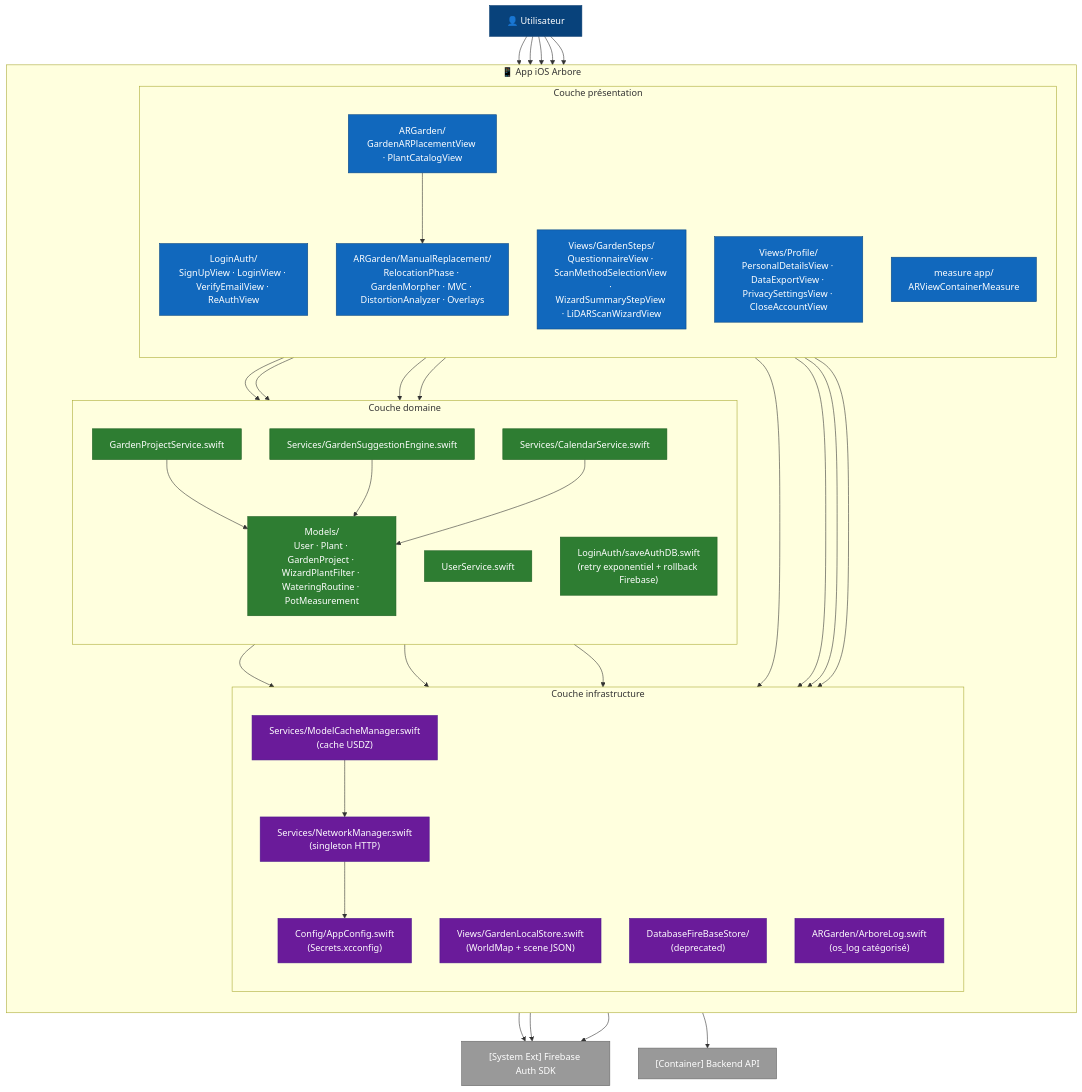
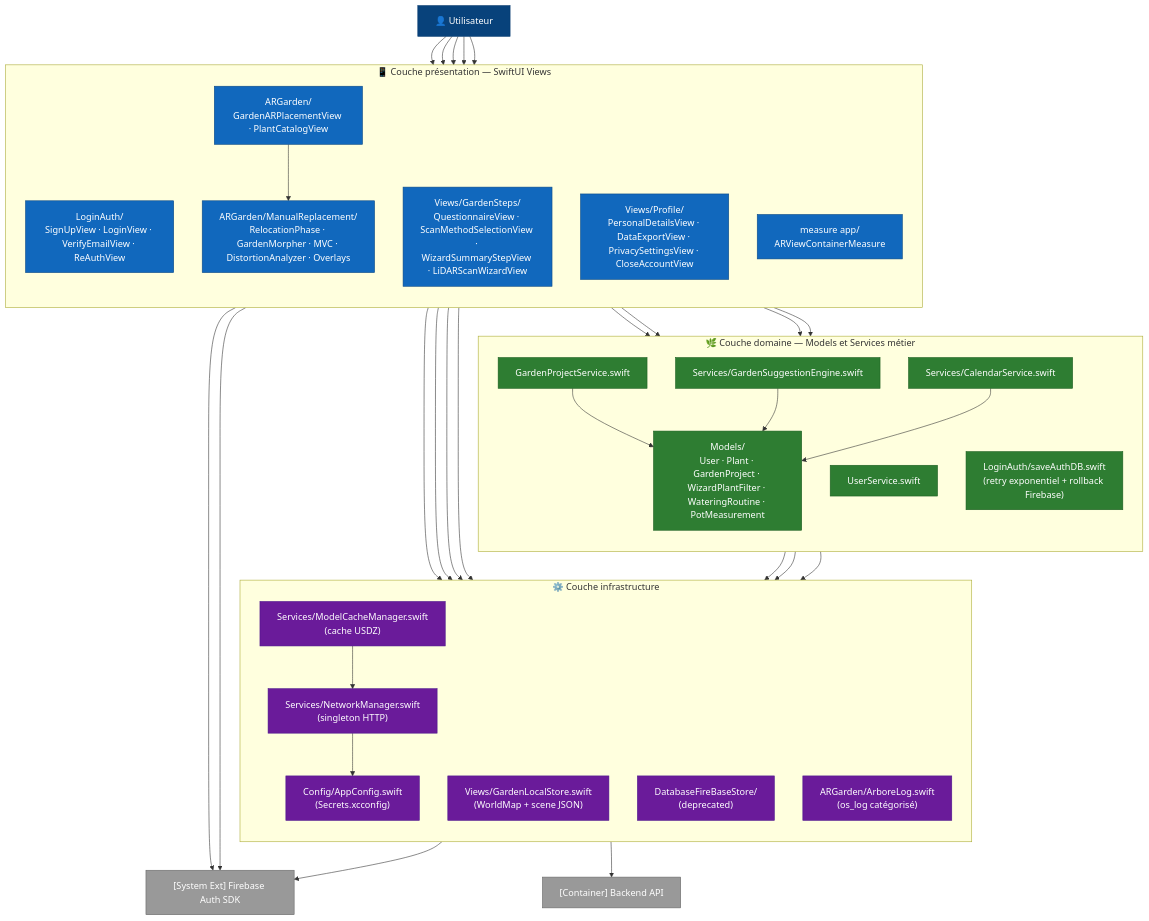
One commit to ArboreTeam/Arbore changed the diagram in docs/architecture/03-components-ios.md. Above: the diagram before and after it, drawn with Mermaid.

Commit message:
docs(ios): force vertical layer stacking via invisible edges
Mermaid ignore silencieusement le 'direction TB' d'un subgraph dès que
ses noeuds ont des liens vers l'extérieur (mermaid-js/mermaid#6438).
Conséquence dans la phase 2 : malgré 'direction TB' partout, les trois
subgraphs (UI, domaine, infra) étaient toujours posés côte à côte en
escalier au lieu d'être empilés verticalement.

Fix officiel documenté Mermaid : edges invisibles avec '~~~' entre les
subgraphs, qui contraignent l'ordre layout sans afficher de ligne. Voir
https://mermaid.js.org/syntax/flowchart.html (section invisible links).

Autre changement : suppression du wrapper 'ios' externe qui ajoutait
un niveau de subgraph nesting connu pour aggraver les problèmes de
layout. Le titre 'App iOS Arbore' était redondant avec le titre du
fichier de toute façon.

Resultat attendu : ui_layer en haut, domain_layer au milieu,
infra_layer en bas, externes (Firebase + Backend) tout en bas. Toutes
les flèches inter-modules préservées.

```diff
--- a/docs/architecture/03-components-ios.md
+++ b/docs/architecture/03-components-ios.md
@@ -12,43 +12,48 @@
 flowchart TB
     user["👤 Utilisateur"]
 
-    subgraph ios["📱 App iOS Arbore"]
+    subgraph ui_layer["📱 Couche présentation — SwiftUI Views"]
         direction TB
+        login["LoginAuth/<br/>SignUpView · LoginView · VerifyEmailView · ReAuthView"]
+        wizard["Views/GardenSteps/<br/>QuestionnaireView · ScanMethodSelectionView · WizardSummaryStepView · LiDARScanWizardView"]
+        ar_view["ARGarden/<br/>GardenARPlacementView · PlantCatalogView"]
+        manual_rep["ARGarden/ManualReplacement/<br/>RelocationPhase · GardenMorpher · MVC · DistortionAnalyzer · Overlays"]
+        profile["Views/Profile/<br/>PersonalDetailsView · DataExportView · PrivacySettingsView · CloseAccountView"]
+        measure["measure app/<br/>ARViewContainerMeasure"]
+    end
 
-        subgraph ui_layer["Couche présentation"]
-            direction TB
-            login["LoginAuth/<br/>SignUpView · LoginView · VerifyEmailView · ReAuthView"]
-            wizard["Views/GardenSteps/<br/>QuestionnaireView · ScanMethodSelectionView · WizardSummaryStepView · LiDARScanWizardView"]
-            ar_view["ARGarden/<br/>GardenARPlacementView · PlantCatalogView"]
-            manual_rep["ARGarden/ManualReplacement/<br/>RelocationPhase · GardenMorpher · MVC · DistortionAnalyzer · Overlays"]
-            profile["Views/Profile/<br/>PersonalDetailsView · DataExportView · PrivacySettingsView · CloseAccountView"]
-            measure["measure app/<br/>ARViewContainerMeasure"]
-        end
+    subgraph domain_layer["🌿 Couche domaine — Models et Services métier"]
+        direction TB
+        models["Models/<br/>User · Plant · GardenProject · WizardPlantFilter · WateringRoutine · PotMeasurement"]
+        user_svc["UserService.swift"]
+        garden_svc["GardenProjectService.swift"]
+        suggest["Services/GardenSuggestionEngine.swift"]
+        calendar["Services/CalendarService.swift"]
+        save_auth["LoginAuth/saveAuthDB.swift<br/>(retry exponentiel + rollback Firebase)"]
+    end
 
-        subgraph domain_layer["Couche domaine"]
-            direction TB
-            models["Models/<br/>User · Plant · GardenProject · WizardPlantFilter · WateringRoutine · PotMeasurement"]
-            user_svc["UserService.swift"]
-            garden_svc["GardenProjectService.swift"]
-            suggest["Services/GardenSuggestionEngine.swift"]
-            calendar["Services/CalendarService.swift"]
-            save_auth["LoginAuth/saveAuthDB.swift<br/>(retry exponentiel + rollback Firebase)"]
-        end
-
-        subgraph infra_layer["Couche infrastructure"]
-            direction TB
-            network["Services/NetworkManager.swift<br/>(singleton HTTP)"]
-            model_cache["Services/ModelCacheManager.swift<br/>(cache USDZ)"]
-            local_store["Views/GardenLocalStore.swift<br/>(WorldMap + scene JSON)"]
-            firestore["DatabaseFireBaseStore/<br/>(deprecated)"]
-            config["Config/AppConfig.swift<br/>(Secrets.xcconfig)"]
-            logger["ARGarden/ArboreLog.swift<br/>(os_log catégorisé)"]
-        end
+    subgraph infra_layer["⚙️ Couche infrastructure"]
+        direction TB
+        network["Services/NetworkManager.swift<br/>(singleton HTTP)"]
+        model_cache["Services/ModelCacheManager.swift<br/>(cache USDZ)"]
+        local_store["Views/GardenLocalStore.swift<br/>(WorldMap + scene JSON)"]
+        firestore["DatabaseFireBaseStore/<br/>(deprecated)"]
+        config["Config/AppConfig.swift<br/>(Secrets.xcconfig)"]
+        logger["ARGarden/ArboreLog.swift<br/>(os_log catégorisé)"]
     end
 
     fb_auth_ext["[System Ext] Firebase Auth SDK"]
     backend_ext["[Container] Backend API"]
 
+    %% Edges invisibles pour forcer le stack vertical des subgraphs
+    %% (Mermaid ignore "direction TB" dans un subgraph si ses noeuds ont
+    %% des liens vers l'extérieur. Voir mermaid-js/mermaid#6438.)
+    user ~~~ ui_layer
+    ui_layer ~~~ domain_layer
+    domain_layer ~~~ infra_layer
+    infra_layer ~~~ backend_ext
+
+    %% Edges réelles
     user --> login
     user --> wizard
     user --> ar_view
```
